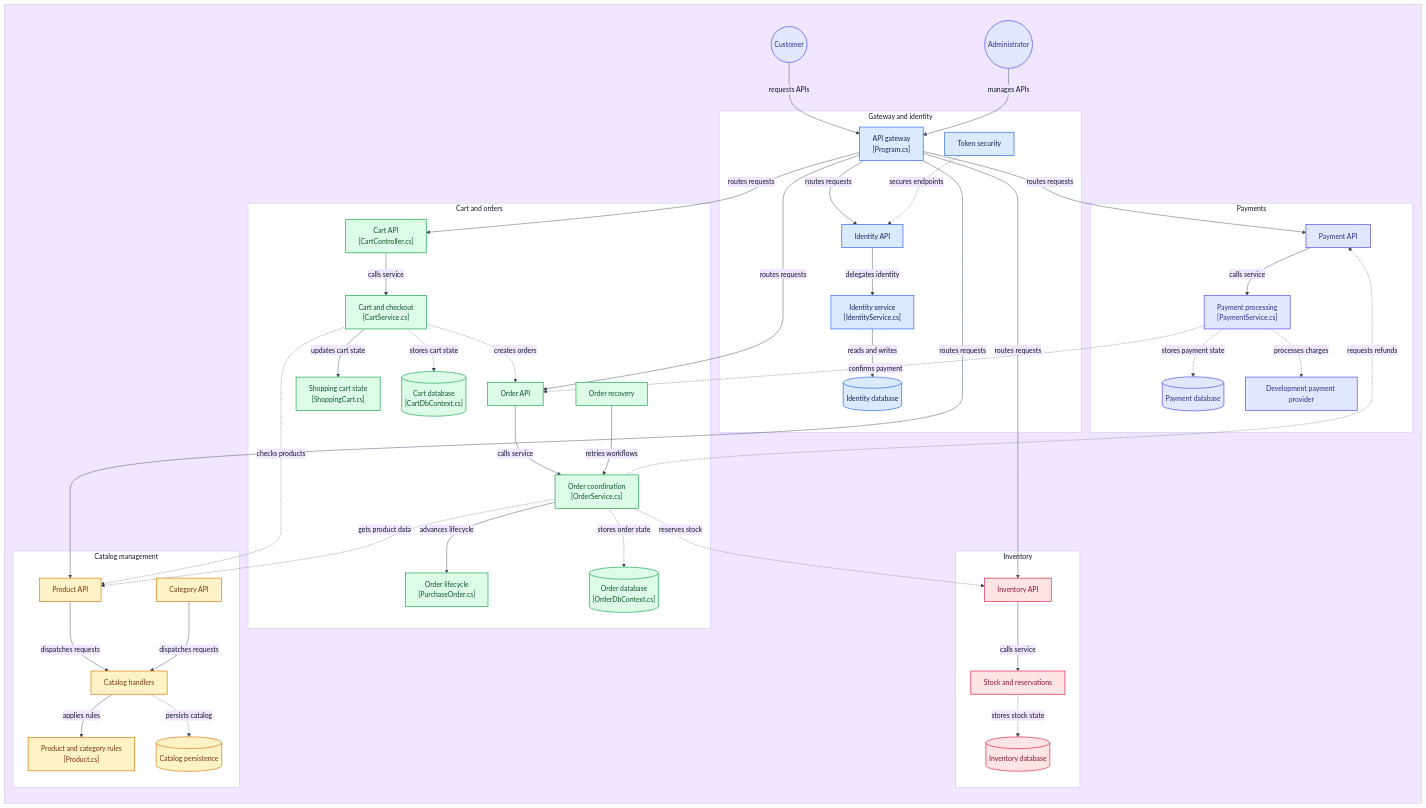
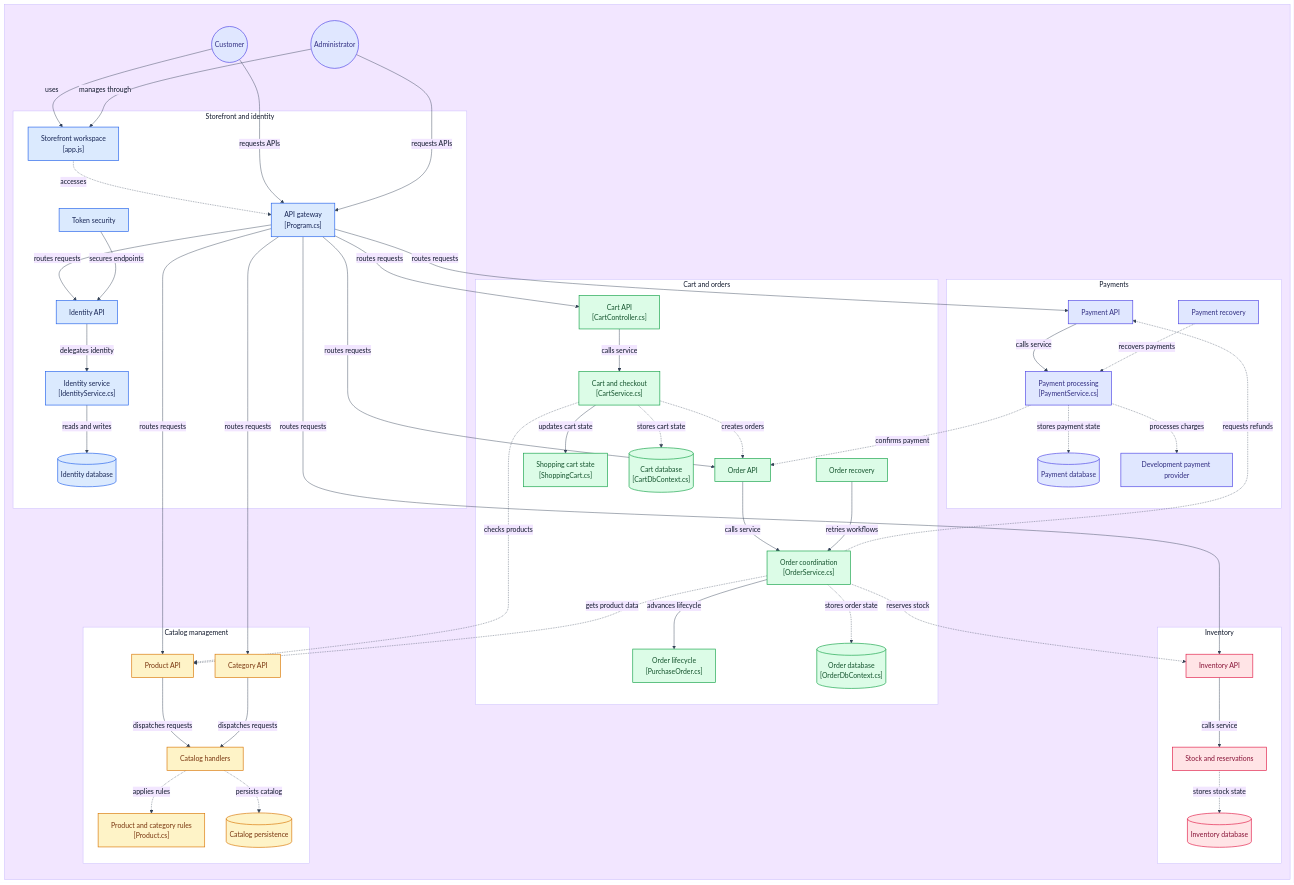
The diagram in README.md (aliyavarguluzada/ECommerce), drawn with Mermaid before and after one commit.

Commit message:
Update architecture diagram for storefront flow
Revise the architecture diagram to add Storefront and payment recovery components, rename product API and payments references, and update relationships, links, and styling.

````diff
--- a/README.md
+++ b/README.md
@@ -35,8 +35,9 @@
 subgraph architecture_canvas[" "]
 direction TD
 
-subgraph group_entry["Gateway and identity"]
+subgraph group_entry["Storefront and identity"]
   node_gateway["API gateway<br/>[Program.cs]"]
+  node_storefront["Storefront workspace<br/>[app.js]"]
   node_identity_api["Identity API"]
   node_identity_service["Identity service<br/>[IdentityService.cs]"]
   node_identity_db[("Identity database")]
@@ -44,7 +45,7 @@
 end
 
 subgraph group_catalog["Catalog management"]
-  node_catalog_api["Product API"]
+  node_product_api["Product API"]
   node_category_api["Category API"]
   node_catalog_handlers["Catalog handlers"]
   node_catalog_domain["Product and category rules<br/>[Product.cs]"]
@@ -69,40 +70,45 @@
   node_inventory_db[("Inventory database")]
 end
 
-subgraph group_payment["Payments"]
+subgraph group_payments["Payments"]
   node_payment_api["Payment API"]
   node_payment_service["Payment processing<br/>[PaymentService.cs]"]
   node_payment_db[("Payment database")]
   node_provider["Development payment provider"]
+  node_payment_recovery["Payment recovery"]
 end
 
 node_customer(("Customer"))
 node_admin(("Administrator"))
 
+node_customer -->|"uses"| node_storefront
+node_admin -->|"manages through"| node_storefront
+node_storefront -.->|"accesses"| node_gateway
 node_customer -->|"requests APIs"| node_gateway
-node_admin -->|"manages APIs"| node_gateway
+node_admin -->|"requests APIs"| node_gateway
 node_gateway -->|"routes requests"| node_identity_api
-node_gateway -->|"routes requests"| node_catalog_api
+node_gateway -->|"routes requests"| node_product_api
+node_gateway -->|"routes requests"| node_category_api
 node_gateway -->|"routes requests"| node_cart_api
 node_gateway -->|"routes requests"| node_order_api
 node_gateway -->|"routes requests"| node_inventory_api
 node_gateway -->|"routes requests"| node_payment_api
 node_identity_api -->|"delegates identity"| node_identity_service
 node_identity_service -->|"reads and writes"| node_identity_db
-node_security -.->|"secures endpoints"| node_identity_api
-node_catalog_api -->|"dispatches requests"| node_catalog_handlers
+node_security -->|"secures endpoints"| node_identity_api
+node_product_api -->|"dispatches requests"| node_catalog_handlers
 node_category_api -->|"dispatches requests"| node_catalog_handlers
-node_catalog_handlers -->|"applies rules"| node_catalog_domain
+node_catalog_handlers -.->|"applies rules"| node_catalog_domain
 node_catalog_handlers -.->|"persists catalog"| node_catalog_store
 node_cart_api -->|"calls service"| node_cart_service
 node_cart_service -->|"updates cart state"| node_cart_domain
 node_cart_service -.->|"stores cart state"| node_cart_db
-node_cart_service -.->|"checks products"| node_catalog_api
+node_cart_service -.->|"checks products"| node_product_api
 node_cart_service -.->|"creates orders"| node_order_api
 node_order_api -->|"calls service"| node_order_service
 node_order_service -->|"advances lifecycle"| node_order_domain
 node_order_service -.->|"stores order state"| node_order_db
-node_order_service -.->|"gets product data"| node_catalog_api
+node_order_service -.->|"gets product data"| node_product_api
 node_order_service -.->|"reserves stock"| node_inventory_api
 node_order_service -.->|"requests refunds"| node_payment_api
 node_order_recovery -->|"retries workflows"| node_order_service
@@ -112,16 +118,18 @@
 node_payment_service -.->|"stores payment state"| node_payment_db
 node_payment_service -.->|"processes charges"| node_provider
 node_payment_service -.->|"confirms payment"| node_order_api
+node_payment_recovery -.->|"recovers payments"| node_payment_service
 
 end
 style architecture_canvas fill:#F2E6FF,stroke:#c4b5fd,stroke-width:1px,color:#0f172a
 
 click node_gateway "https://github.com/aliyavarguluzada/ecommerce/blob/master/src/ECommerce.ApiGateway/Program.cs"
+click node_storefront "https://github.com/aliyavarguluzada/ecommerce/blob/master/src/ECommerce.ApiGateway/wwwroot/shop/app.js"
 click node_identity_api "https://github.com/aliyavarguluzada/ecommerce/blob/master/src/ECommerce.Identity.Api/Controllers/IdentityController.cs"
 click node_identity_service "https://github.com/aliyavarguluzada/ecommerce/blob/master/src/ECommerce.Identity.Infrastructure/IdentityService.cs"
 click node_identity_db "https://github.com/aliyavarguluzada/ecommerce/blob/master/src/ECommerce.Identity.Infrastructure/IdentityDbContext.cs"
 click node_security "https://github.com/aliyavarguluzada/ecommerce/blob/master/src/ECommerce.Security/SecurityExtensions.cs"
-click node_catalog_api "https://github.com/aliyavarguluzada/ecommerce/blob/master/src/ECommerce.Catalog.Api/Products/ProductController.cs"
+click node_product_api "https://github.com/aliyavarguluzada/ecommerce/blob/master/src/ECommerce.Catalog.Api/Products/ProductController.cs"
 click node_category_api "https://github.com/aliyavarguluzada/ecommerce/blob/master/src/ECommerce.Catalog.Api/Categories/CategoryController.cs"
 click node_catalog_handlers "https://github.com/aliyavarguluzada/ecommerce/tree/master/src/ECommerce.Catalog.Application"
 click node_catalog_domain "https://github.com/aliyavarguluzada/ecommerce/blob/master/src/ECommerce.Catalog.Domain/Aggregates/Products/Product.cs"
@@ -142,6 +150,7 @@
 click node_payment_service "https://github.com/aliyavarguluzada/ecommerce/blob/master/src/ECommerce.Payment.Application/PaymentService.cs"
 click node_payment_db "https://github.com/aliyavarguluzada/ecommerce/blob/master/src/ECommerce.Payment.Infrastructure/PaymentDbContext.cs"
 click node_provider "https://github.com/aliyavarguluzada/ecommerce/blob/master/src/ECommerce.Payment.Infrastructure/DevelopmentPaymentProvider.cs"
+click node_payment_recovery "https://github.com/aliyavarguluzada/ecommerce/blob/master/src/ECommerce.Payment.Api/Common/PaymentRecoveryWorker.cs"
 
 classDef toneNeutral fill:#f8fafc,stroke:#334155,stroke-width:1.5px,color:#0f172a
 classDef toneBlue fill:#dbeafe,stroke:#2563eb,stroke-width:1.5px,color:#172554
@@ -150,9 +159,9 @@
 classDef toneRose fill:#ffe4e6,stroke:#e11d48,stroke-width:1.5px,color:#881337
 classDef toneIndigo fill:#e0e7ff,stroke:#4f46e5,stroke-width:1.5px,color:#312e81
 classDef toneTeal fill:#ccfbf1,stroke:#0f766e,stroke-width:1.5px,color:#134e4a
-class node_gateway,node_identity_api,node_identity_service,node_identity_db,node_security toneBlue
-class node_catalog_api,node_category_api,node_catalog_handlers,node_catalog_domain,node_catalog_store toneAmber
+class node_gateway,node_storefront,node_identity_api,node_identity_service,node_identity_db,node_security toneBlue
+class node_product_api,node_category_api,node_catalog_handlers,node_catalog_domain,node_catalog_store toneAmber
 class node_cart_api,node_cart_service,node_cart_domain,node_cart_db,node_order_api,node_order_service,node_order_domain,node_order_db,node_order_recovery toneMint
 class node_inventory_api,node_inventory_service,node_inventory_db toneRose
-class node_payment_api,node_payment_service,node_payment_db,node_provider,node_customer,node_admin toneIndigo
+class node_payment_api,node_payment_service,node_payment_db,node_provider,node_payment_recovery,node_customer,node_admin toneIndigo
 ```
````
